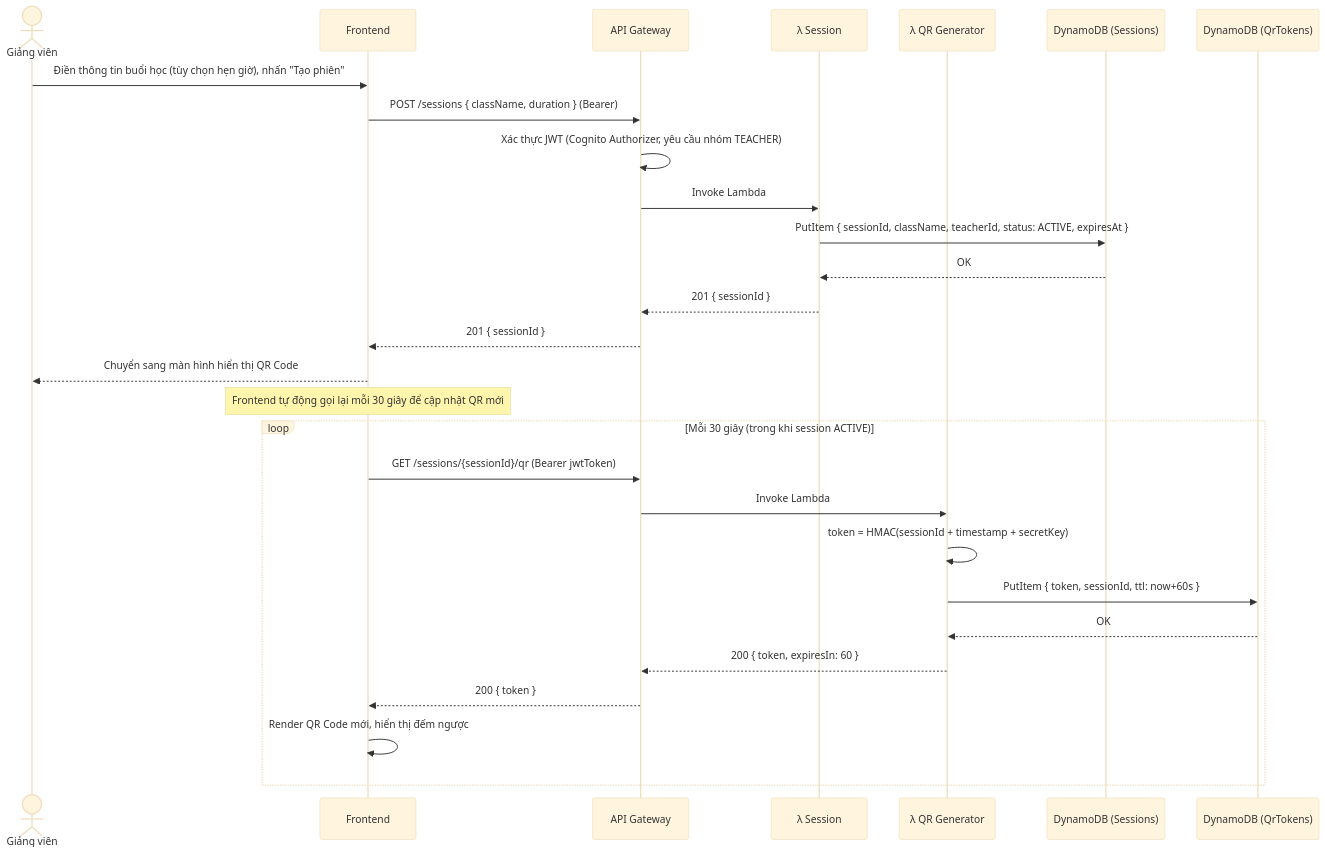
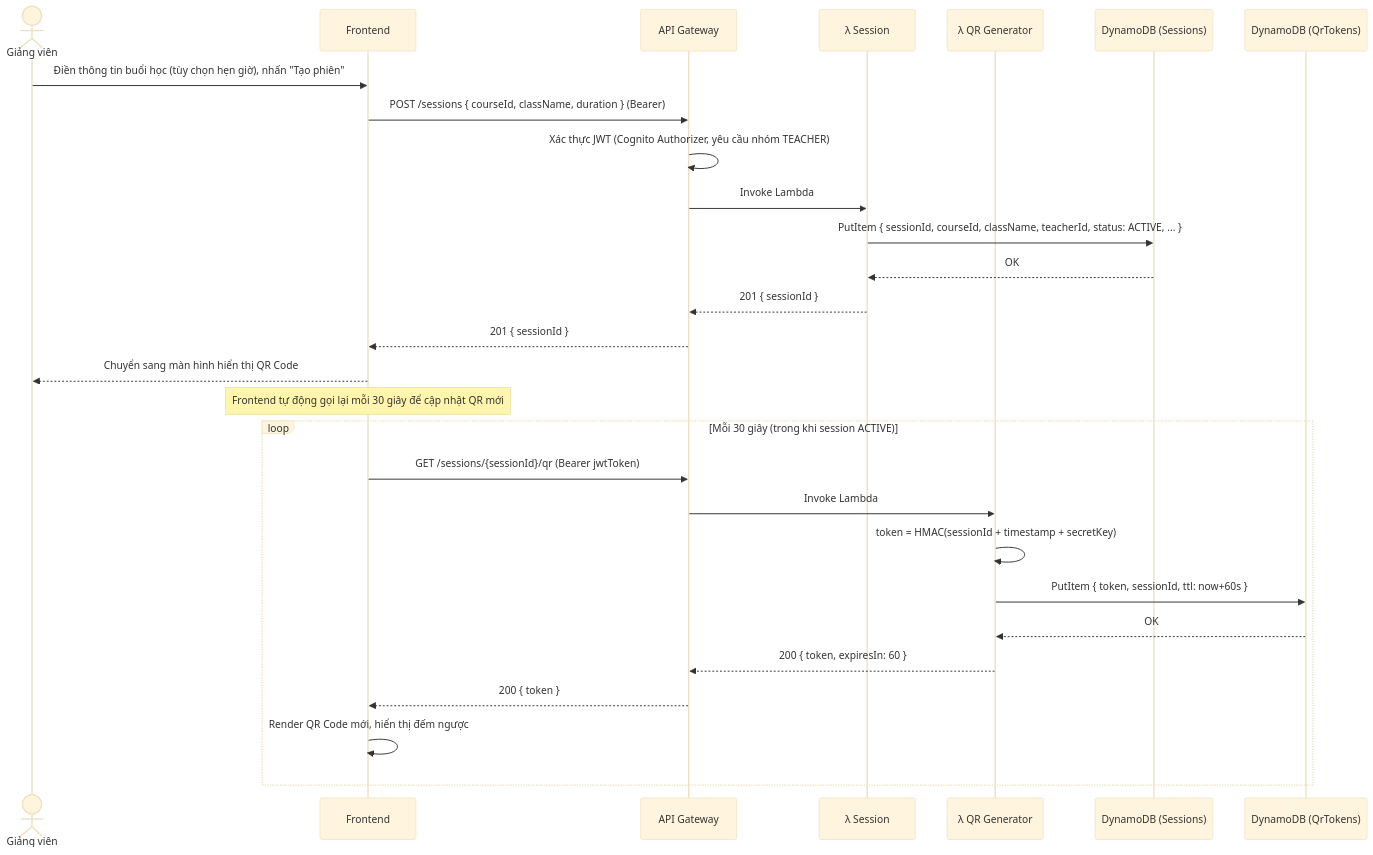
Before and after one commit to kentdoan/qr-attendance: the sixth of 13 diagrams in docs/SRS.md, drawn with Mermaid (base theme). The commit also changed other lines of this file and 63 other files, not shown here.

````diff
--- a/docs/SRS.md
+++ b/docs/SRS.md
@@ -199,32 +230,32 @@
 ```mermaid
 sequenceDiagram
     actor GV as Giảng viên
     participant FE as Frontend
     participant APIGW as API Gateway
     participant Session as λ Session
     participant QRGen as λ QR Generator
     participant SessionDB as DynamoDB (Sessions)
     participant TokenDB as DynamoDB (QrTokens)
 
     GV->>FE: Điền thông tin buổi học (tùy chọn hẹn giờ), nhấn "Tạo phiên"
-    FE->>APIGW: POST /sessions { className, duration } (Bearer)
+    FE->>APIGW: POST /sessions { courseId, className, duration } (Bearer)
     APIGW->>APIGW: Xác thực JWT (Cognito Authorizer, yêu cầu nhóm TEACHER)
     APIGW->>Session: Invoke Lambda
-    Session->>SessionDB: PutItem { sessionId, className, teacherId, status: ACTIVE, expiresAt }
+    Session->>SessionDB: PutItem { sessionId, courseId, className, teacherId, status: ACTIVE, ... }
     SessionDB-->>Session: OK
     Session-->>APIGW: 201 { sessionId }
     APIGW-->>FE: 201 { sessionId }
     FE-->>GV: Chuyển sang màn hình hiển thị QR Code
 
     Note over FE: Frontend tự động gọi lại mỗi 30 giây để cập nhật QR mới
     loop Mỗi 30 giây (trong khi session ACTIVE)
         FE->>APIGW: GET /sessions/{sessionId}/qr (Bearer jwtToken)
         APIGW->>QRGen: Invoke Lambda
         QRGen->>QRGen: token = HMAC(sessionId + timestamp + secretKey)
         QRGen->>TokenDB: PutItem { token, sessionId, ttl: now+60s }
         TokenDB-->>QRGen: OK
         QRGen-->>APIGW: 200 { token, expiresIn: 60 }
         APIGW-->>FE: 200 { token }
         FE->>FE: Render QR Code mới, hiển thị đếm ngược
     end
 ```
````
